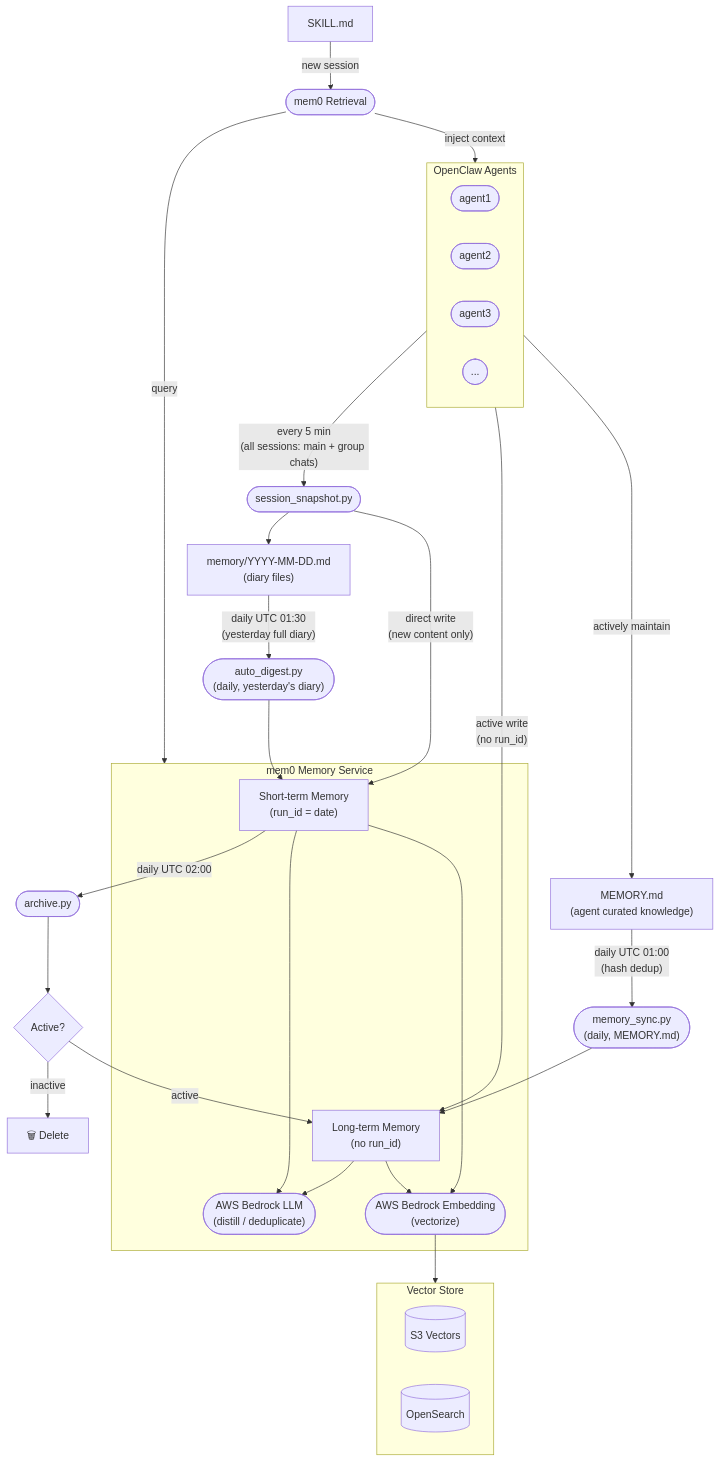
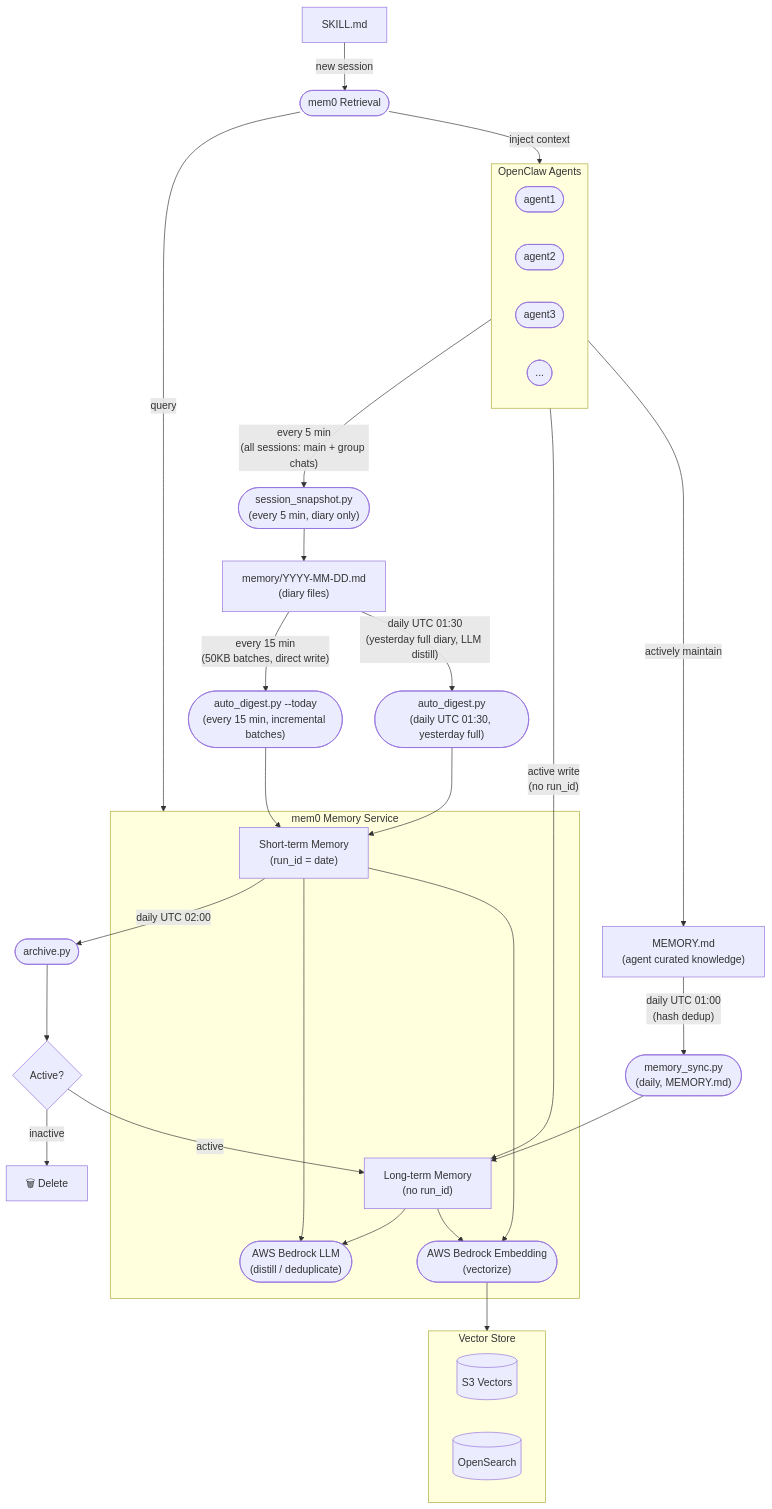
Before and after one commit to norrishuang/mem0-memory-service: the diagram in docs/guide/architecture.md, drawn with Mermaid. The commit also changed other lines of this file and 3 other files, not shown here.

First line of the commit message:
docs: update architecture for two-layer diary→mem0 pipeline

````diff
--- a/docs/guide/architecture.md
+++ b/docs/guide/architecture.md
@@ -5,57 +5,59 @@
 ```mermaid
 flowchart TD
     subgraph Agents["OpenClaw Agents"]
         A1(["agent1"])
         A2(["agent2"])
         A3(["agent3"])
         A4(["..."])
     end
 
     Diary["memory/YYYY-MM-DD.md\n(diary files)"]
     MemoryMD["MEMORY.md\n(agent curated knowledge)"]
-    Snap(["session_snapshot.py"])
-    Digest(["auto_digest.py\n(daily, yesterday's diary)"])
+    Snap(["session_snapshot.py\n(every 5 min, diary only)"])
+    DigestToday(["auto_digest.py --today\n(every 15 min, incremental batches)"])
+    DigestFull(["auto_digest.py\n(daily UTC 01:30, yesterday full)"])
     Sync(["memory_sync.py\n(daily, MEMORY.md)"])
     Archive(["archive.py"])
 
     subgraph Mem0["mem0 Memory Service"]
         LLM(["AWS Bedrock LLM\n(distill / deduplicate)"])
         Embed(["AWS Bedrock Embedding\n(vectorize)"])
         STM["Short-term Memory\n(run_id = date)"]
         LTM["Long-term Memory\n(no run_id)"]
     end
 
     Decision{"Active?"}
 
     subgraph Store["Vector Store"]
         S3[("S3 Vectors")]
         OS[("OpenSearch")]
     end
 
     SKILL["SKILL.md"]
     Retrieve(["mem0 Retrieval"])
 
     Agents -- "every 5 min\n(all sessions: main + group chats)" --> Snap
     Agents -- "active write\n(no run_id)" --> LTM
     Agents -- "actively maintain" --> MemoryMD
     Snap --> Diary
-    Snap -- "direct write\n(new content only)" --> STM
-    Diary -- "daily UTC 01:30\n(yesterday full diary)" --> Digest
+    Diary -- "every 15 min\n(50KB batches, direct write)" --> DigestToday
+    Diary -- "daily UTC 01:30\n(yesterday full diary, LLM distill)" --> DigestFull
     MemoryMD -- "daily UTC 01:00\n(hash dedup)" --> Sync
-    Digest --> STM
+    DigestToday --> STM
+    DigestFull --> STM
     Sync --> LTM
     STM -- "daily UTC 02:00" --> Archive
     Archive --> Decision
     Decision -- "active" --> LTM
     Decision -- "inactive" --> Del["🗑 Delete"]
 
     STM --> LLM
     STM --> Embed
     LTM --> LLM
     LTM --> Embed
     Embed --> Store
 
     SKILL -- "new session" --> Retrieve
     Retrieve -- "query" --> Mem0
     Retrieve -- "inject context" --> Agents
 ```
````
